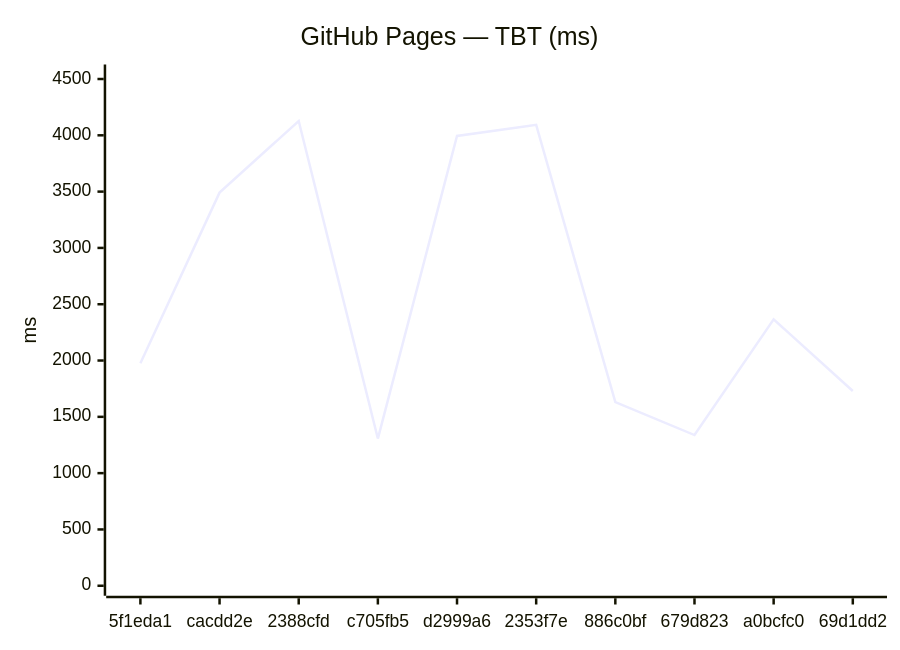
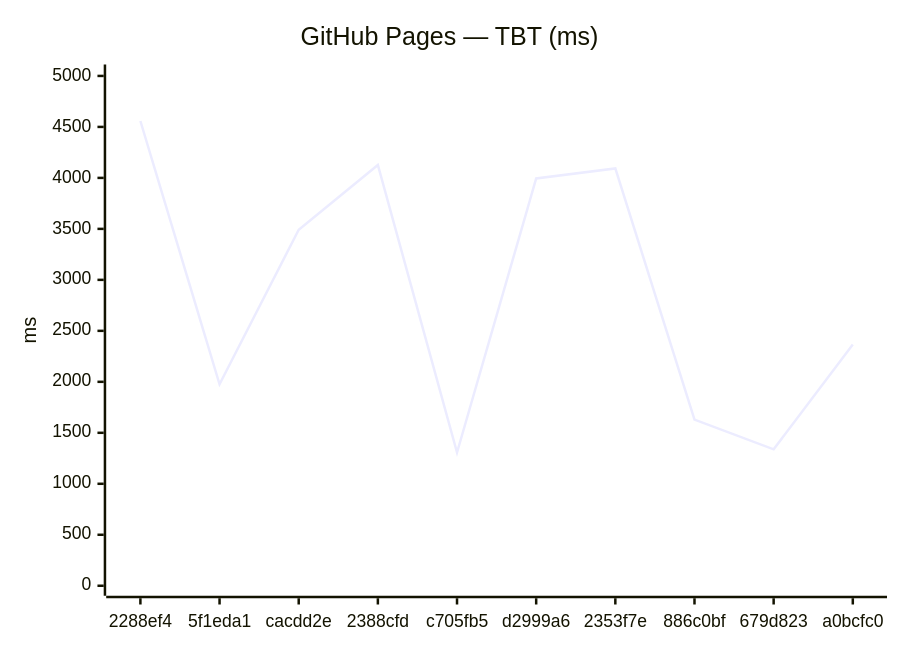
One commit to Metaheurist/Rianell changed the fourth of 12 diagrams in benchmarks/compare.md. Above: the diagram before and after it, drawn with Mermaid. The commit also changed other lines of this file and 8 other files, not shown here.

````diff
--- a/benchmarks/compare.md
+++ b/benchmarks/compare.md
@@ -61,7 +61,7 @@
 ```mermaid
 xychart-beta
     title "GitHub Pages — TBT (ms)"
-    x-axis ["5f1eda1", "cacdd2e", "2388cfd", "c705fb5", "d2999a6", "2353f7e", "886c0bf", "679d823", "a0bcfc0", "69d1dd2"]
-    y-axis "ms" 0 --> 4540
-    line [1976, 3491, 4127, 1307, 3994, 4093, 1630, 1338, 2366, 1729]
+    x-axis ["2288ef4", "5f1eda1", "cacdd2e", "2388cfd", "c705fb5", "d2999a6", "2353f7e", "886c0bf", "679d823", "a0bcfc0"]
+    y-axis "ms" 0 --> 5014
+    line [4558, 1976, 3491, 4127, 1307, 3994, 4093, 1630, 1338, 2366]
 ```
````
